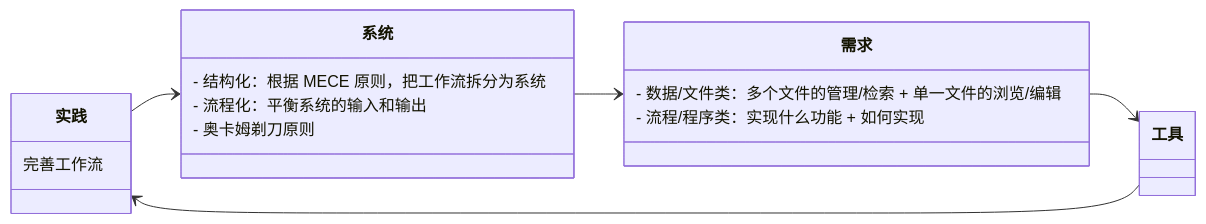
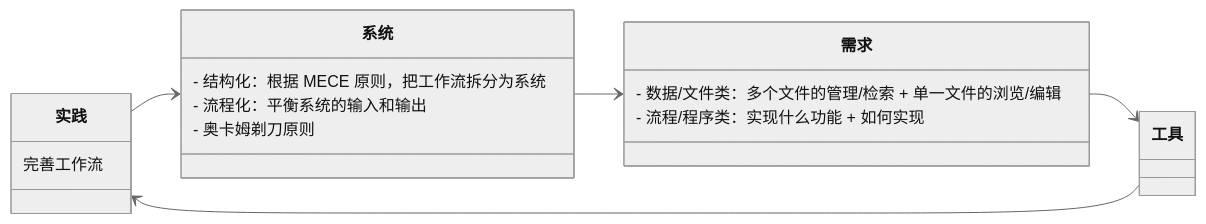
The diagram in PKM-ongoing-ref-打造个人工作流-系统篇.md (El25Aleph/_Aleph), drawn with Mermaid before and after one commit. The commit also changed other lines of this file and 7 other files, not shown here.

````diff
--- a/PKM-ongoing-ref-打造个人工作流-系统篇.md
+++ b/PKM-ongoing-ref-打造个人工作流-系统篇.md
@@ -23,25 +19,26 @@
 ```mermaid
 classDiagram
+%%{init: {'theme':'neutral'}}%%
 direction LR
 class 实践 {
 完善工作流
 }
 
 class 系统{
 - 结构化：根据 MECE 原则，把工作流拆分为系统
 - 流程化：平衡系统的输入和输出
 - 奥卡姆剃刀原则
 }
 
 class 需求{
 - 数据/文件类：多个文件的管理/检索 + 单一文件的浏览/编辑
 - 流程/程序类：实现什么功能 + 如何实现
 }
 
 class 工具
 
 实践 --> 系统
 系统 --> 需求
 需求 --> 工具
 工具 --> 实践
 ```
````
